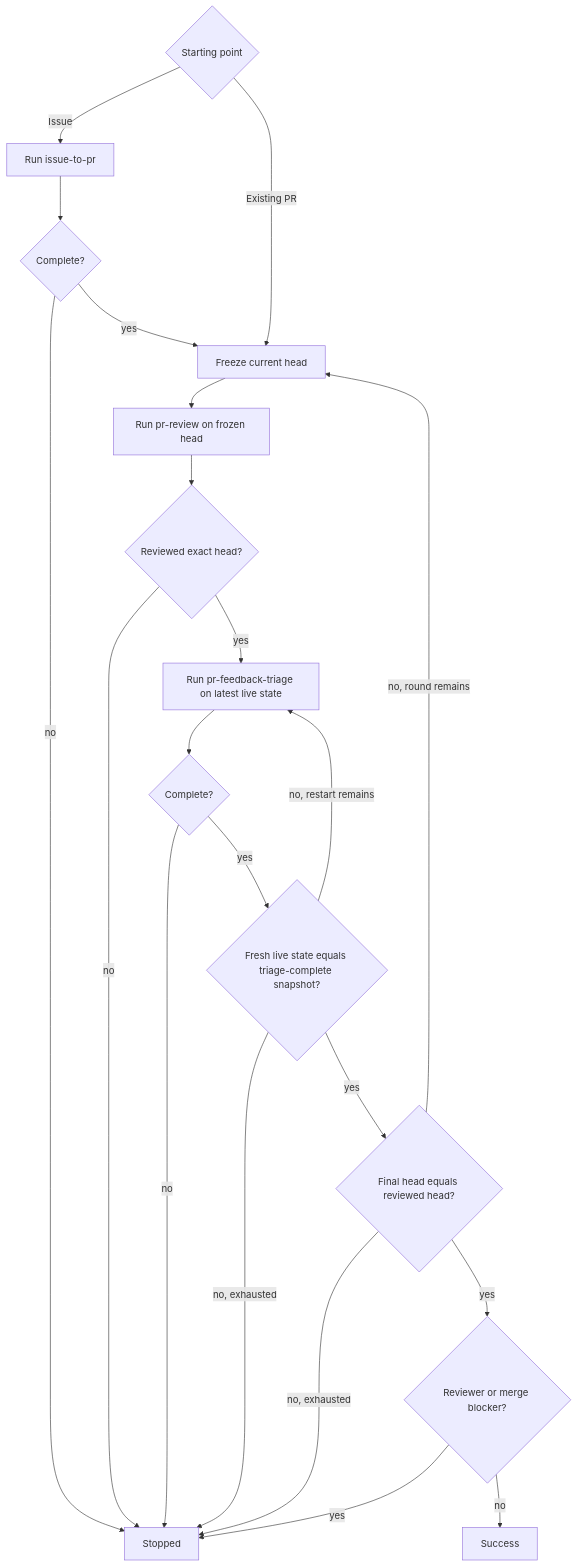
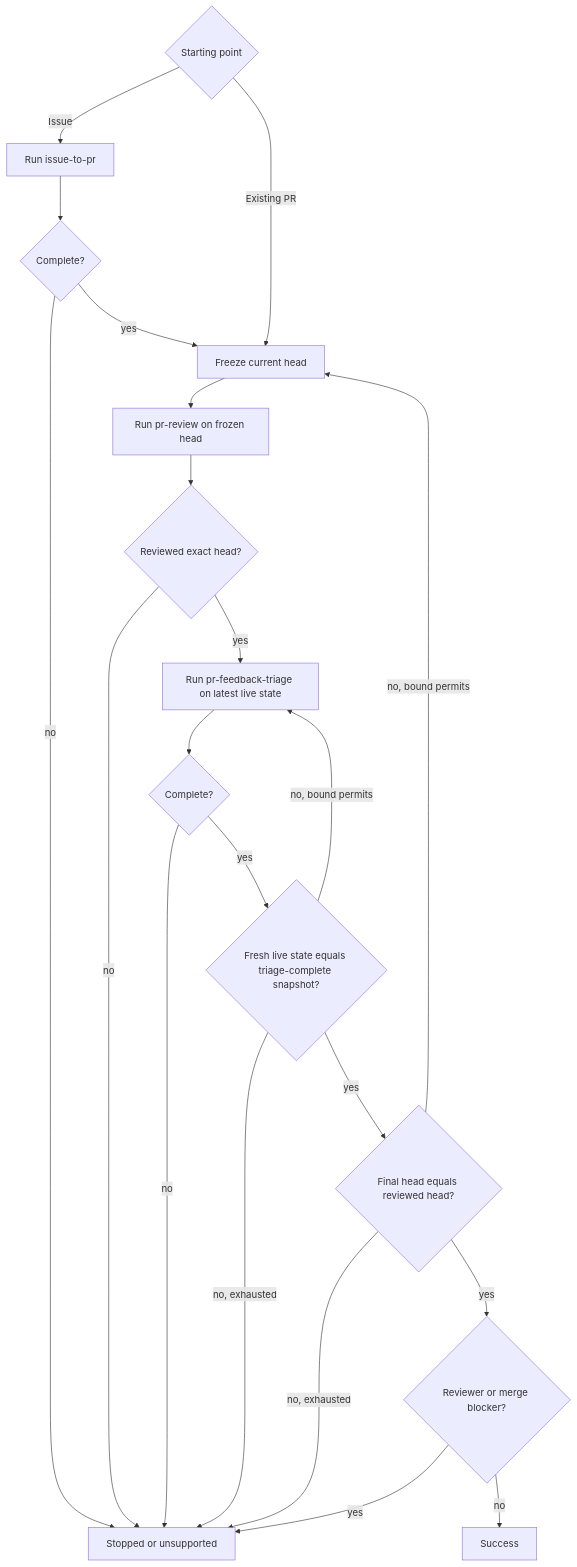
Before and after one commit to dceoy/pr-loop: the diagram in skills/pr-loop/SKILL.md, drawn with Mermaid. The commit also changed other lines of this file, not shown here.

````diff
--- a/skills/pr-loop/SKILL.md
+++ b/skills/pr-loop/SKILL.md
@@ -34,23 +34,23 @@
 ```mermaid
 flowchart TD
   S{Starting point} -->|Issue| I[Run issue-to-pr]
   S -->|Existing PR| A[Freeze current head]
   I --> J{Complete?}
-  J -->|no| X[Stopped]
+  J -->|no| X[Stopped or unsupported]
   J -->|yes| A
   A --> B[Run pr-review on frozen head]
   B --> C{Reviewed exact head?}
   C -->|no| X
   C -->|yes| D[Run pr-feedback-triage on latest live state]
   D --> E{Complete?}
   E -->|no| X
   E -->|yes| F{Fresh live state equals triage-complete snapshot?}
-  F -->|no, restart remains| D
+  F -->|no, bound permits| D
   F -->|no, exhausted| X
   F -->|yes| G{Final head equals reviewed head?}
-  G -->|no, round remains| A
+  G -->|no, bound permits| A
   G -->|no, exhausted| X
   G -->|yes| H{Reviewer or merge blocker?}
   H -->|yes| X
   H -->|no| Y[Success]
 ```
````
